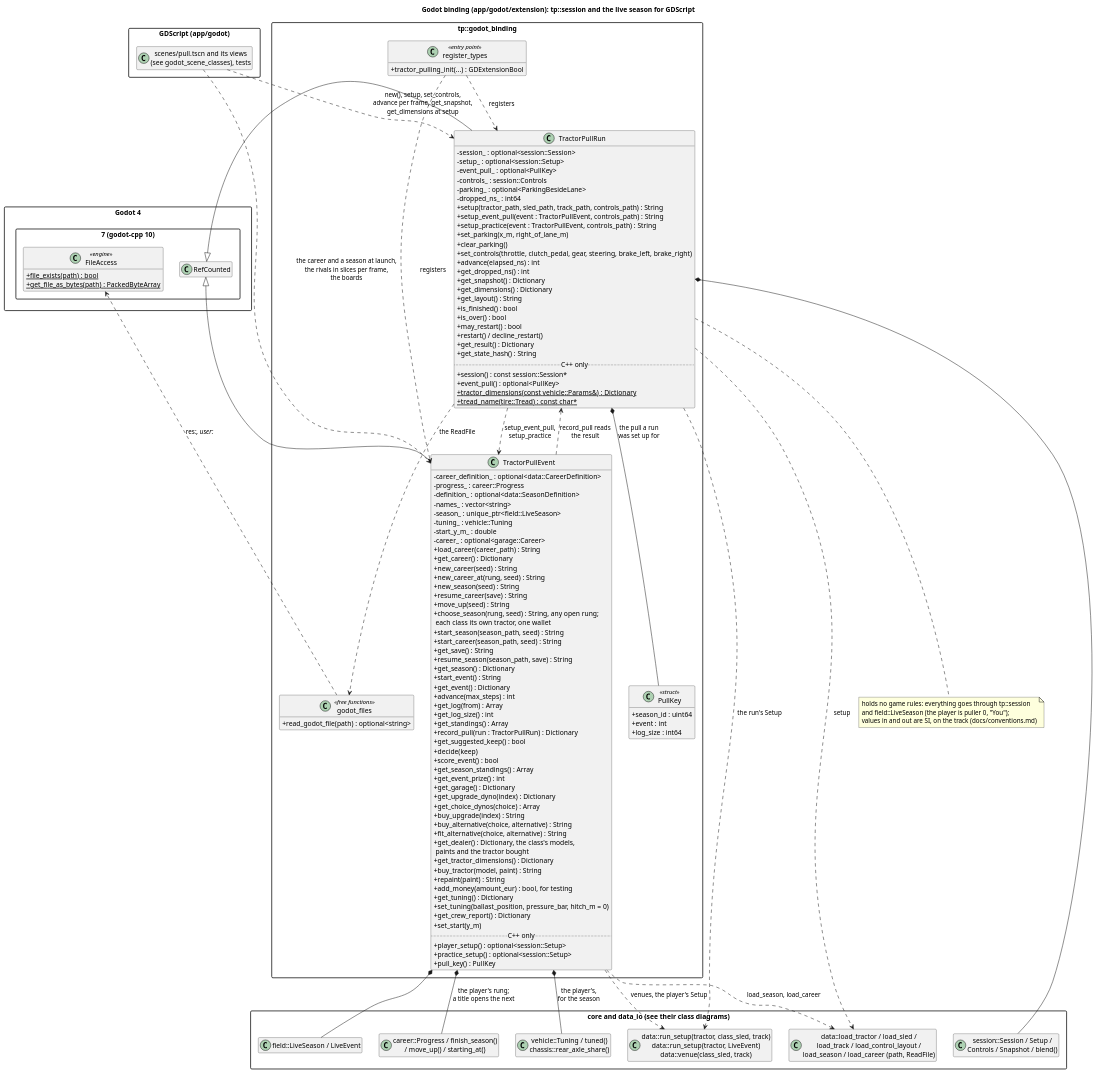
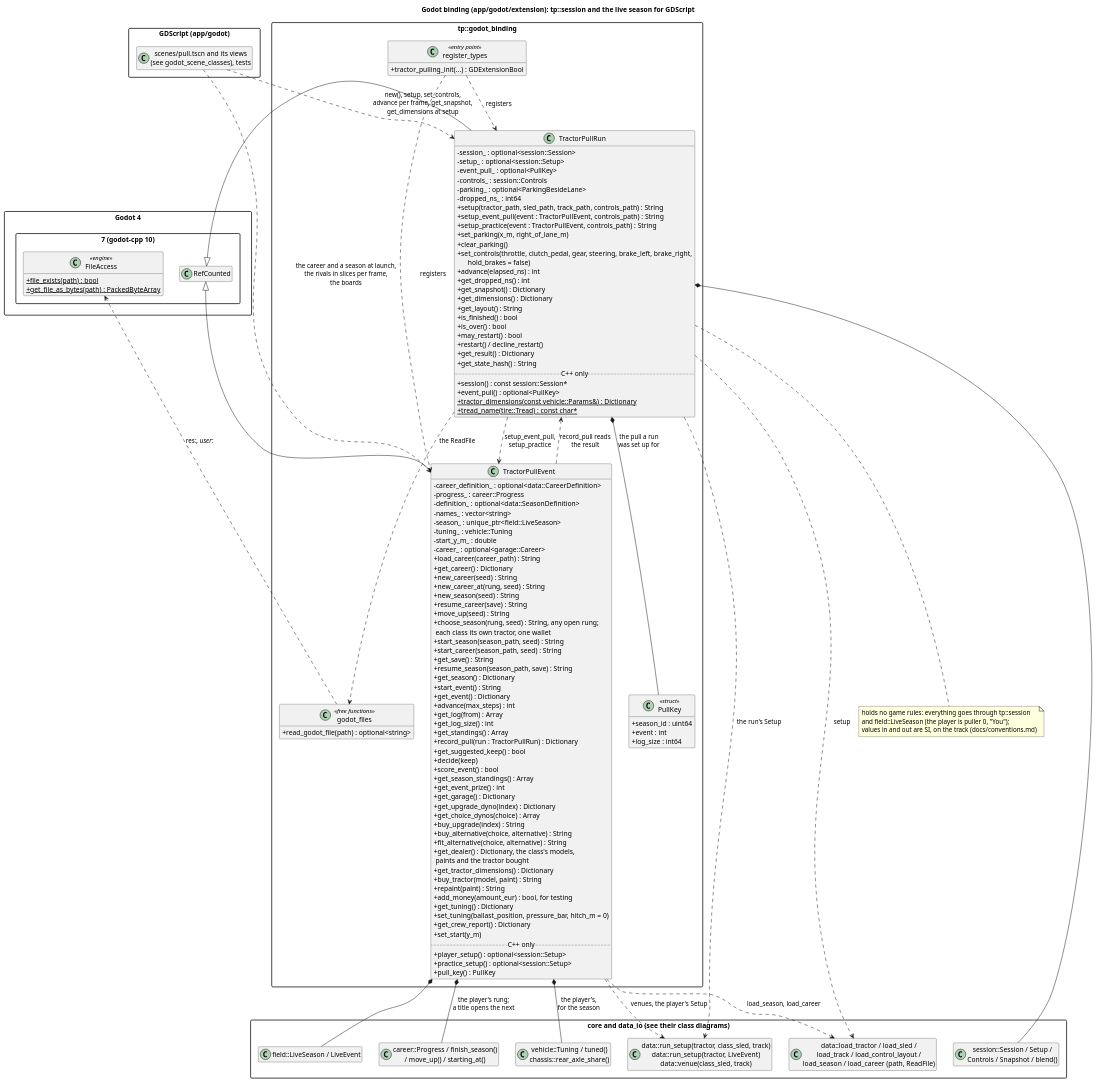
The diagram in docs/diagrams/godot_classes.puml (wversteeg/TractorPulling), drawn with PlantUML before and after one commit. The commit also changed 21 other files, not shown here.

First line of the commit message:
HOLD: the brake hold for the start in the game, with its settings

```diff
--- a/docs/diagrams/godot_classes.puml
+++ b/docs/diagrams/godot_classes.puml
@@ -1,150 +1,150 @@
 @startuml godot_classes
 title Godot binding (app/godot/extension): tp::session and the live season for GDScript
 hide empty members
 skinparam packageStyle rectangle
 skinparam classAttributeIconSize 0
 
 package "Godot 4.7 (godot-cpp 10)" {
   class RefCounted
   class FileAccess <<engine>> {
     +{static} file_exists(path) : bool
     +{static} get_file_as_bytes(path) : PackedByteArray
   }
 }
 
 package "tp::godot_binding" {
   class TractorPullRun {
     -session_ : optional<session::Session>
     -setup_ : optional<session::Setup>
     -event_pull_ : optional<PullKey>
     -controls_ : session::Controls
     -parking_ : optional<ParkingBesideLane>
     -dropped_ns_ : int64
     +setup(tractor_path, sled_path, track_path, controls_path) : String
     +setup_event_pull(event : TractorPullEvent, controls_path) : String
     +setup_practice(event : TractorPullEvent, controls_path) : String
     +set_parking(x_m, right_of_lane_m)
     +clear_parking()
-    +set_controls(throttle, clutch_pedal, gear, steering, brake_left, brake_right)
+    +set_controls(throttle, clutch_pedal, gear, steering, brake_left, brake_right,\n      hold_brakes = false)
     +advance(elapsed_ns) : int
     +get_dropped_ns() : int
     +get_snapshot() : Dictionary
     +get_dimensions() : Dictionary
     +get_layout() : String
     +is_finished() : bool
     +is_over() : bool
     +may_restart() : bool
     +restart() / decline_restart()
     +get_result() : Dictionary
     +get_state_hash() : String
     ..C++ only..
     +session() : const session::Session*
     +event_pull() : optional<PullKey>
     +{static} tractor_dimensions(const vehicle::Params&) : Dictionary
     +{static} tread_name(tire::Tread) : const char*
   }
   class TractorPullEvent {
     -career_definition_ : optional<data::CareerDefinition>
     -progress_ : career::Progress
     -definition_ : optional<data::SeasonDefinition>
     -names_ : vector<string>
     -season_ : unique_ptr<field::LiveSeason>
     -tuning_ : vehicle::Tuning
     -start_y_m_ : double
     -career_ : optional<garage::Career>
     +load_career(career_path) : String
     +get_career() : Dictionary
     +new_career(seed) : String
     +new_career_at(rung, seed) : String
     +new_season(seed) : String
     +resume_career(save) : String
     +move_up(seed) : String
     +choose_season(rung, seed) : String, any open rung;\n each class its own tractor, one wallet
     +start_season(season_path, seed) : String
     +start_career(season_path, seed) : String
     +get_save() : String
     +resume_season(season_path, save) : String
     +get_season() : Dictionary
     +start_event() : String
     +get_event() : Dictionary
     +advance(max_steps) : int
     +get_log(from) : Array
     +get_log_size() : int
     +get_standings() : Array
     +record_pull(run : TractorPullRun) : Dictionary
     +get_suggested_keep() : bool
     +decide(keep)
     +score_event() : bool
     +get_season_standings() : Array
     +get_event_prize() : int
     +get_garage() : Dictionary
     +get_upgrade_dyno(index) : Dictionary
     +get_choice_dynos(choice) : Array
     +buy_upgrade(index) : String
     +buy_alternative(choice, alternative) : String
     +fit_alternative(choice, alternative) : String
     +get_dealer() : Dictionary, the class's models,\n paints and the tractor bought
     +get_tractor_dimensions() : Dictionary
     +buy_tractor(model, paint) : String
     +repaint(paint) : String
     +add_money(amount_eur) : bool, for testing
     +get_tuning() : Dictionary
     +set_tuning(ballast_position, pressure_bar, hitch_m = 0)
     +get_crew_report() : Dictionary
     +set_start(y_m)
     ..C++ only..
     +player_setup() : optional<session::Setup>
     +practice_setup() : optional<session::Setup>
     +pull_key() : PullKey
   }
   class PullKey <<struct>> {
     +season_id : uint64
     +event : int
     +log_size : int64
   }
   TractorPullRun *-- PullKey : the pull a run\nwas set up for
   class "godot_files" as Files <<free functions>> {
     +read_godot_file(path) : optional<string>
   }
   class "register_types" as Register <<entry point>> {
     +tractor_pulling_init(...) : GDExtensionBool
   }
 }
 
 package "core and data_io (see their class diagrams)" {
   class "session::Session / Setup /\nControls / Snapshot / blend()" as Session
   class "data::load_tractor / load_sled /\nload_track / load_control_layout /\nload_season / load_career (path, ReadFile)" as Loaders
   class "data::run_setup(tractor, class_sled, track)\ndata::run_setup(tractor, LiveEvent)\ndata::venue(class_sled, track)" as RunSetup
   class "field::LiveSeason / LiveEvent" as Live
   class "career::Progress / finish_season()\n/ move_up() / starting_at()" as Career
   class "vehicle::Tuning / tuned()\nchassis::rear_axle_share()" as Tuning
 }
 
 package "GDScript (app/godot)" {
   class "scenes/pull.tscn and its views\n(see godot_scene_classes), tests" as Scripts
 }
 
 RefCounted <|-- TractorPullRun
 RefCounted <|-- TractorPullEvent
 Register ..> TractorPullRun : registers
 Register ..> TractorPullEvent : registers
 TractorPullEvent *-- Live
 TractorPullEvent *-- Tuning : the player's,\nfor the season
 TractorPullEvent ..> Loaders : load_season, load_career
 TractorPullEvent *-- Career : the player's rung;\na title opens the next
 TractorPullEvent ..> RunSetup : venues, the player's Setup
 TractorPullRun ..> TractorPullEvent : setup_event_pull,\nsetup_practice
 TractorPullEvent ..> TractorPullRun : record_pull reads\nthe result
 TractorPullRun *-- Session
 TractorPullRun ..> Loaders : setup
 TractorPullRun ..> RunSetup : the run's Setup
 TractorPullRun ..> Files : the ReadFile
 Files ..> FileAccess : res://, user://
 Scripts ..> TractorPullRun : new(), setup, set_controls,\nadvance per frame, get_snapshot,\nget_dimensions at setup
 Scripts ..> TractorPullEvent : the career and a season at launch,\nthe rivals in slices per frame,\nthe boards
 note bottom of TractorPullRun
   holds no game rules: everything goes through tp::session
   and field::LiveSeason (the player is puller 0, "You");
   values in and out are SI, on the track (docs/conventions.md)
 end note
 @enduml
```
